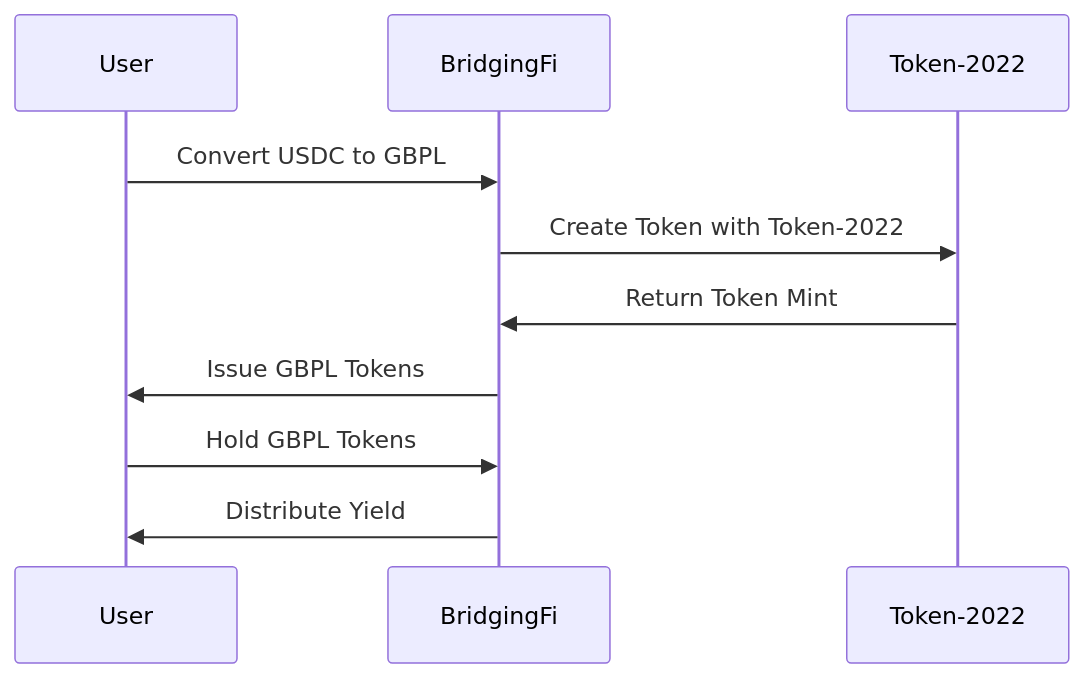
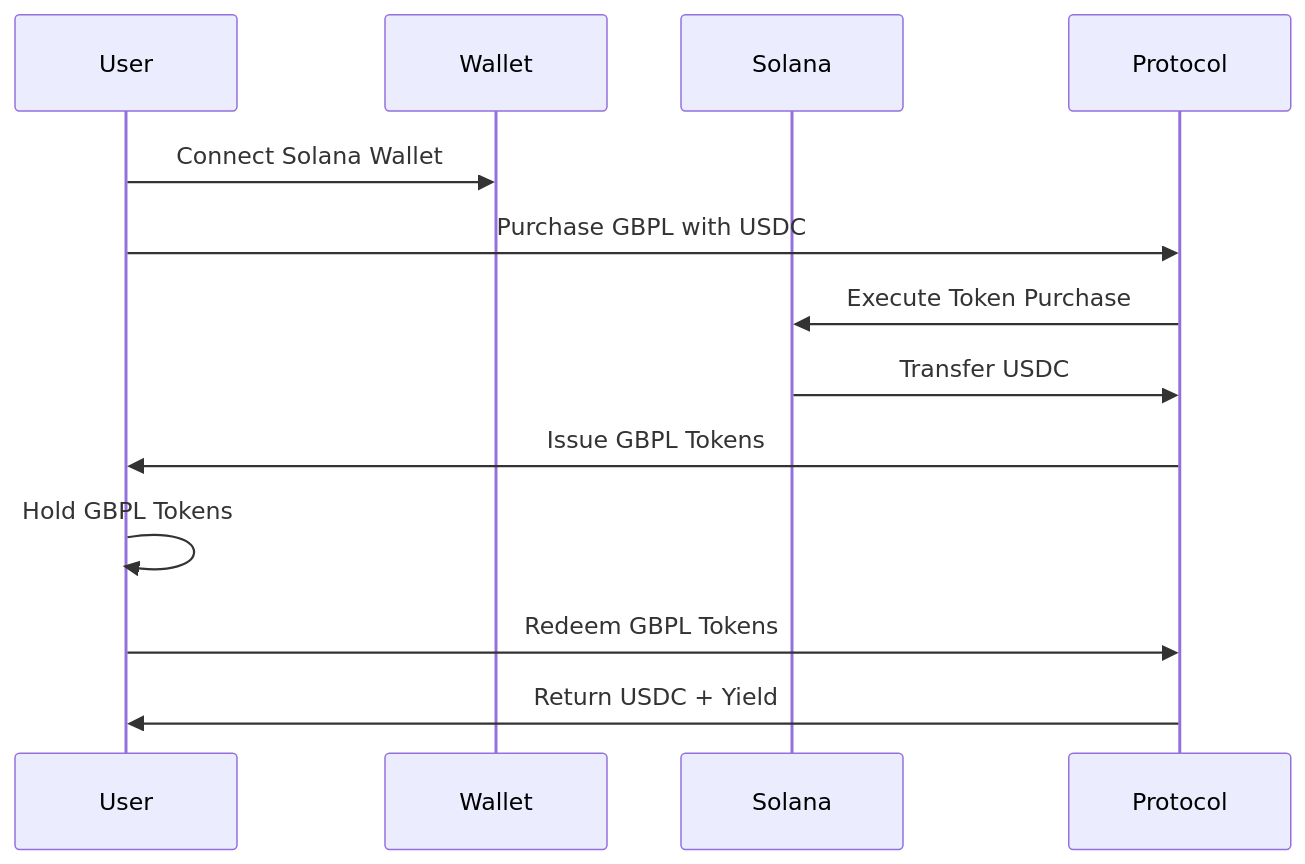
One commit to BridgingFi/solpunk changed the second of 3 diagrams in README.md. Above: the diagram before and after it, drawn with Mermaid. The commit also changed other lines of this file and 17 other files, not shown here.

````diff
--- a/README.md
+++ b/README.md
@@ -86,13 +94,16 @@
 ```mermaid
 sequenceDiagram
     participant U as User
-    participant S as BridgingFi
-    participant T as Token-2022
+    participant W as Wallet
+    participant S as Solana
+    participant P as Protocol
 
-    U->>S: Convert USDC to GBPL
-    S->>T: Create Token with Token-2022
-    T->>S: Return Token Mint
-    S->>U: Issue GBPL Tokens
-    U->>S: Hold GBPL Tokens
-    S->>U: Distribute Yield
+    U->>W: Connect Solana Wallet
+    U->>P: Purchase GBPL with USDC
+    P->>S: Execute Token Purchase
+    S->>P: Transfer USDC
+    P->>U: Issue GBPL Tokens
+    U->>U: Hold GBPL Tokens
+    U->>P: Redeem GBPL Tokens
+    P->>U: Return USDC + Yield
 ```
````
